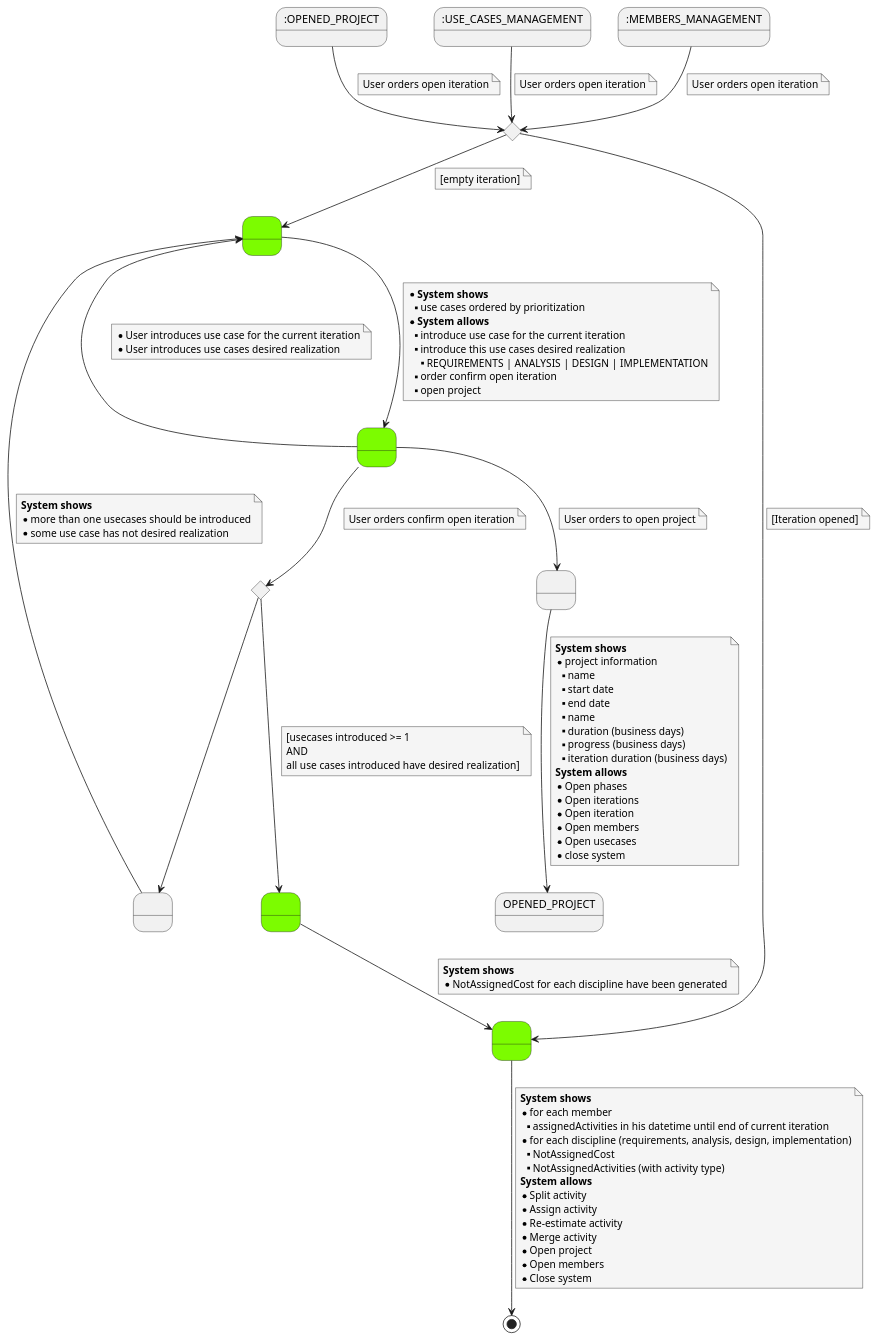
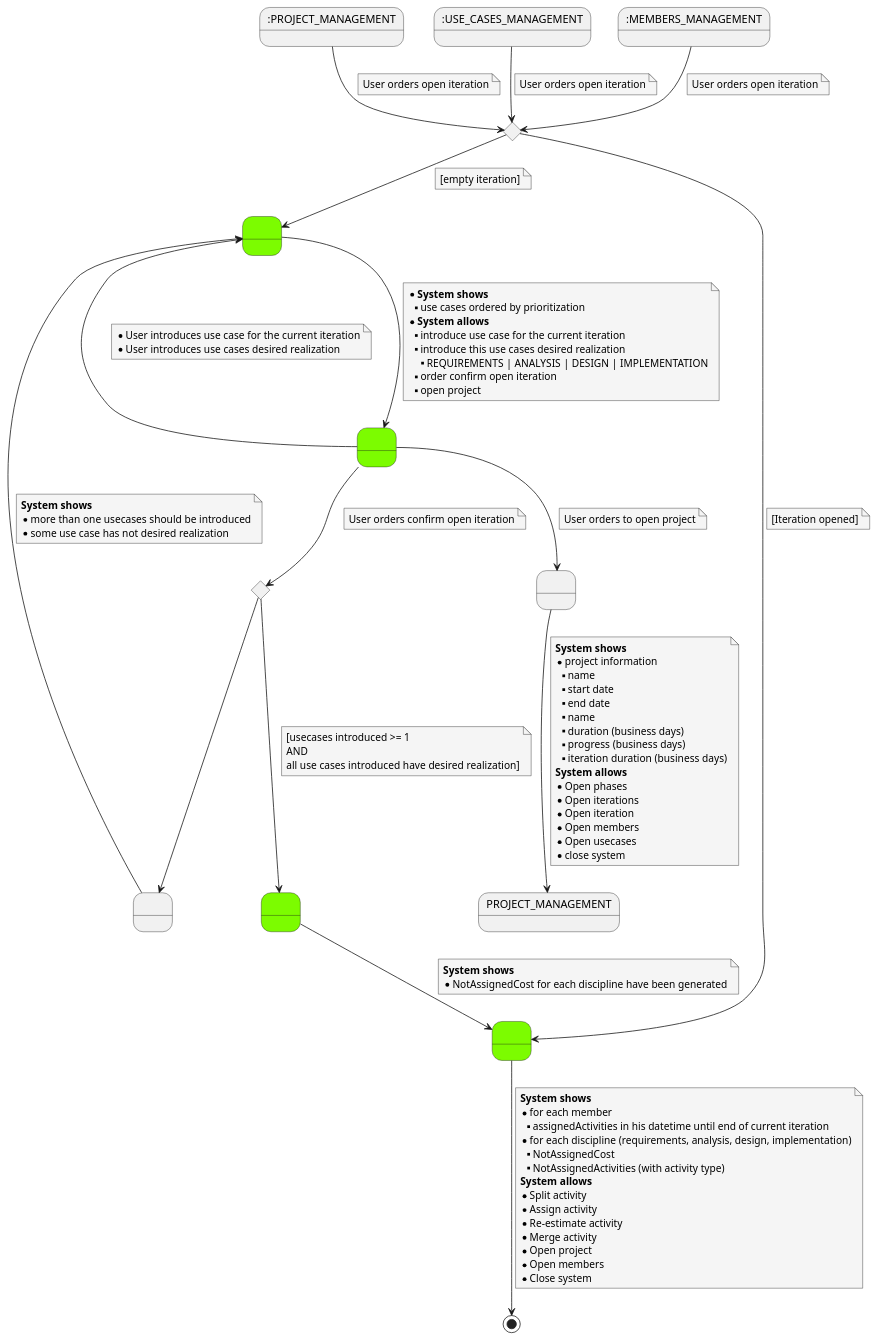
The diagram in documentation/diagrams/usecases/specifications/disciplines/OpenIteration.puml (rup-projects/rup-projects), drawn with PlantUML before and after one commit. The commit also changed 16 other files, not shown here.

Commit message:
cambiamos de nombre OPENED por MANAGEMENT

```diff
--- a/documentation/diagrams/usecases/specifications/disciplines/OpenIteration.puml
+++ b/documentation/diagrams/usecases/specifications/disciplines/OpenIteration.puml
@@ -1,123 +1,123 @@
 @startuml
 
 skinparam {
     NoteBackgroundColor #whiteSmoke
 }
 
-    state 0 as ":OPENED_PROJECT"
+    state 0 as ":PROJECT_MANAGEMENT"
     state 1  <<choice>>
     state 2 as ":USE_CASES_MANAGEMENT"
     state 3 as ":MEMBERS_MANAGEMENT"
     state 4 as " " #LawnGreen
     state 5 as " " #LawnGreen
     state 6 as " " #LawnGreen
     state 7 <<choice>>
     state 9 as " " #LawnGreen
     state 10 as " "
     state 11 as " "
 
 
 
     0 --> 1
     note on link
         User orders open iteration
     end note
     2 --> 1
     note on link
         User orders open iteration
     end note
     3 --> 1
     note on link
         User orders open iteration
     end note
     1 --> 4
     note on link
         [empty iteration]
     end note
     4 --> 6
     note on link
         * <b>System shows</b>
         ** use cases ordered by prioritization
         * <b>System allows</b>
         ** introduce use case for the current iteration
         ** introduce this use cases desired realization
         *** REQUIREMENTS | ANALYSIS | DESIGN | IMPLEMENTATION
         ** order confirm open iteration
         ** open project
     end note
 
     6 --> 11
     note on link
         User orders to open project
     end note
 
-    11 --> OPENED_PROJECT
+    11 --> PROJECT_MANAGEMENT
     note on link
     <b>System shows</b>
     * project information
     ** name
     ** start date
     ** end date
     ** name
     ** duration (business days)
     ** progress (business days)
     ** iteration duration (business days)
     <b>System allows</b>
     * Open phases
     * Open iterations
     * Open iteration
     * Open members
     * Open usecases
     * close system
     end note
 
 
     6 --> 4
     note on link
         * User introduces use case for the current iteration
         * User introduces use cases desired realization
     end note
     6 --> 7
     note on link
         User orders confirm open iteration
     end note
     7 --> 9
     note on link
     [usecases introduced >= 1
     AND
     all use cases introduced have desired realization]
     end note
     9--> 5
     note on link
         <b>System shows</b>
         * NotAssignedCost for each discipline have been generated
     end note
     7 --> 10
     10 --> 4
     note on link
         <b>System shows</b>
         * more than one usecases should be introduced
         * some use case has not desired realization
     end note
     1 --> 5
     note on link
         [Iteration opened]
     end note
     5 --> [*]
     note on link
      <b>System shows</b>
      * for each member
      **assignedActivities in his datetime until end of current iteration
      * for each discipline (requirements, analysis, design, implementation)
      ** NotAssignedCost
      ** NotAssignedActivities (with activity type)
      <b>System allows</b>
      * Split activity
      * Assign activity
      * Re-estimate activity
      * Merge activity
      * Open project
      * Open members
      * Close system
     end note
 @enduml
```
